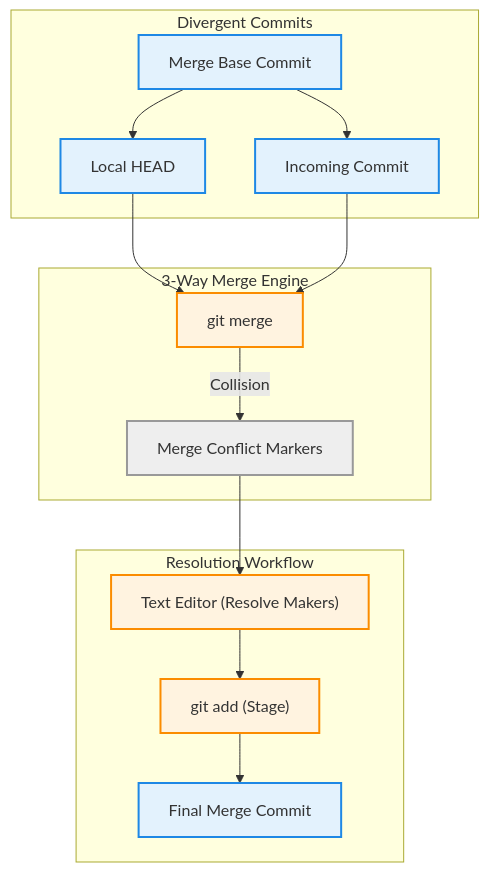
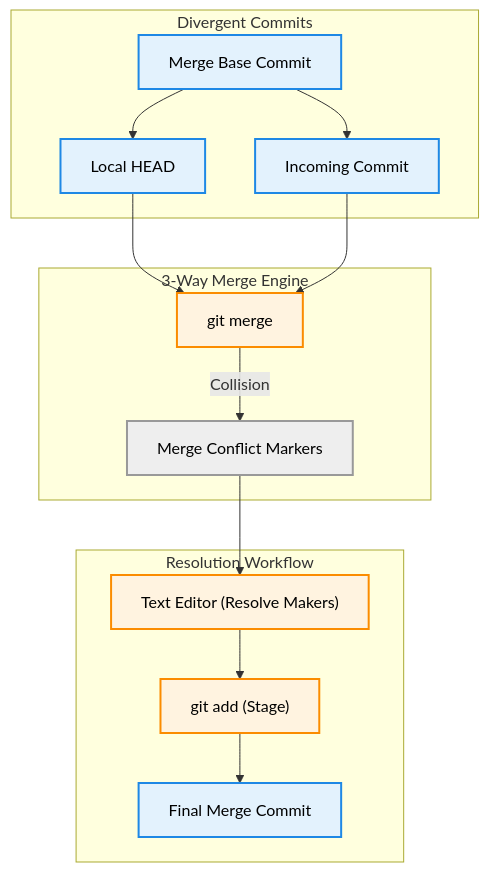
One commit to aloysiuspattath/platform-engineering-ai-course changed the diagram in courses/platform-engineering/modules/module-05/lesson-04.md. Above: the diagram before and after it, drawn with Mermaid. The commit also changed 53 other files, not shown here.

Commit message:
fix: enforce high-contrast black text on mermaid diagram fills for dark mode readability

````diff
--- a/courses/platform-engineering/modules/module-05/lesson-04.md
+++ b/courses/platform-engineering/modules/module-05/lesson-04.md
@@ -110,29 +110,29 @@
 ```mermaid
 flowchart TD
-    classDef commit fill:#e3f2fd,stroke:#1e88e5,stroke-width:2px;
-    classDef action fill:#fff3e0,stroke:#fb8c00,stroke-width:2px;
-    classDef file fill:#eeeeee,stroke:#999999,stroke-width:2px;
+    classDef commit fill:#e3f2fd,stroke:#1e88e5,stroke-width:2px,color:#000000;
+    classDef action fill:#fff3e0,stroke:#fb8c00,stroke-width:2px,color:#000000;
+    classDef file fill:#eeeeee,stroke:#999999,stroke-width:2px,color:#000000;
 
     subgraph Graph [Divergent Commits]
         BASE["Merge Base Commit"]:::commit --> HEAD["Local HEAD"]:::commit
         BASE --> FEAT["Incoming Commit"]:::commit
     end
 
     subgraph Engine [3-Way Merge Engine]
         MERGE["git merge"]:::action
         CONFLICT["Merge Conflict Markers"]:::file
         HEAD --> MERGE
         FEAT --> MERGE
         MERGE -->|Collision| CONFLICT
     end
 
     subgraph Resolution [Resolution Workflow]
         EDIT["Text Editor (Resolve Makers)"]:::action
         ADD["git add (Stage)"]:::action
         NEW_COMMIT["Final Merge Commit"]:::commit
         
         CONFLICT --> EDIT
         EDIT --> ADD
         ADD --> NEW_COMMIT
     end
 ```
````
